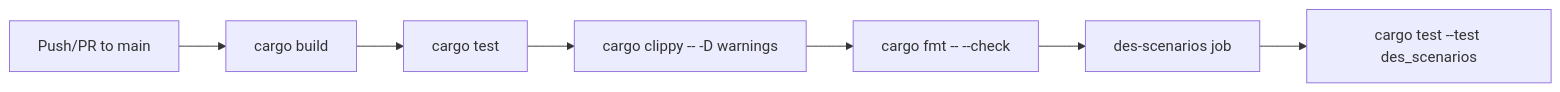
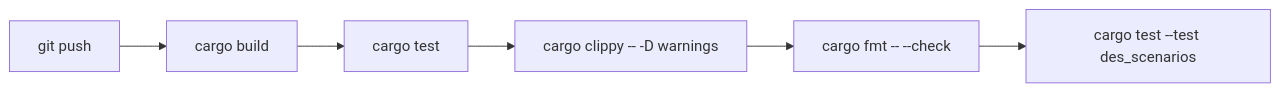
One commit to EliasVahlberg/saltglass-steppe changed the ninth of 9 diagrams in .agents/summary/workflows.md. Above: the diagram before and after it, drawn with Mermaid. The commit also changed other lines of this file and 16 other files, not shown here.

````diff
--- a/.agents/summary/workflows.md
+++ b/.agents/summary/workflows.md
@@ -134,9 +185,8 @@
 ```mermaid
 graph LR
-    A["Push/PR to main"] --> B["cargo build"]
-    B --> C["cargo test"]
-    C --> D["cargo clippy -- -D warnings"]
-    D --> E["cargo fmt -- --check"]
-    E --> F["des-scenarios job"]
-    F --> G["cargo test --test des_scenarios"]
+    PUSH["git push"] --> BUILD["cargo build"]
+    BUILD --> TEST["cargo test"]
+    TEST --> CLIP["cargo clippy -- -D warnings"]
+    CLIP --> FMT["cargo fmt -- --check"]
+    FMT --> DES["cargo test --test des_scenarios"]
 ```
````
